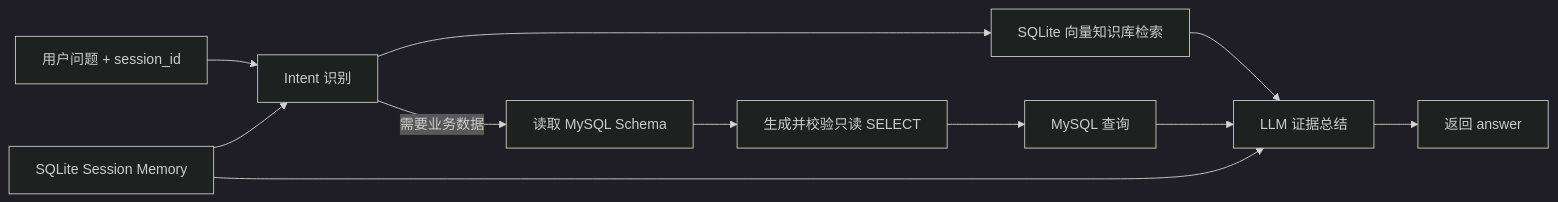
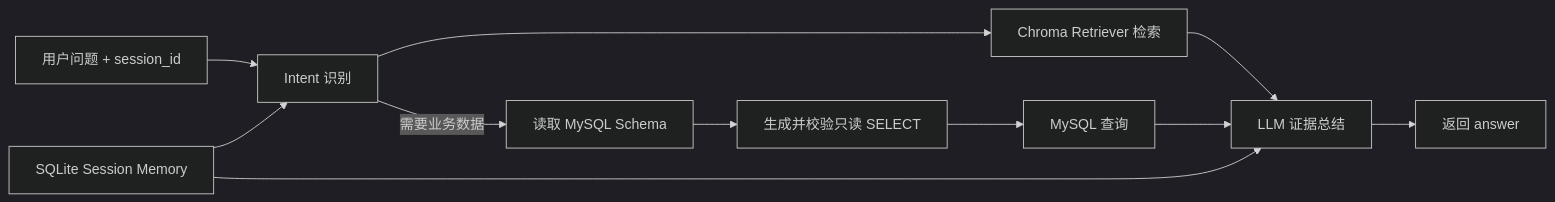
Before and after one commit to CUIShaoXin/-agent-: the first of 2 diagrams in README.md, drawn with Mermaid (dark theme). The commit also changed other lines of this file and 14 other files, not shown here.

````diff
--- a/README.md
+++ b/README.md
@@ -77,13 +143,13 @@
 ```mermaid
 flowchart LR
     U["用户问题 + session_id"] --> I["Intent 识别"]
-    I --> R["SQLite 向量知识库检索"]
+    I --> R["Chroma Retriever 检索"]
     I -->|需要业务数据| Q["读取 MySQL Schema"]
     Q --> S["生成并校验只读 SELECT"]
     S --> D["MySQL 查询"]
     R --> L["LLM 证据总结"]
     D --> L
     M["SQLite Session Memory"] --> I
     M --> L
     L --> A["返回 answer"]
 ```
````
